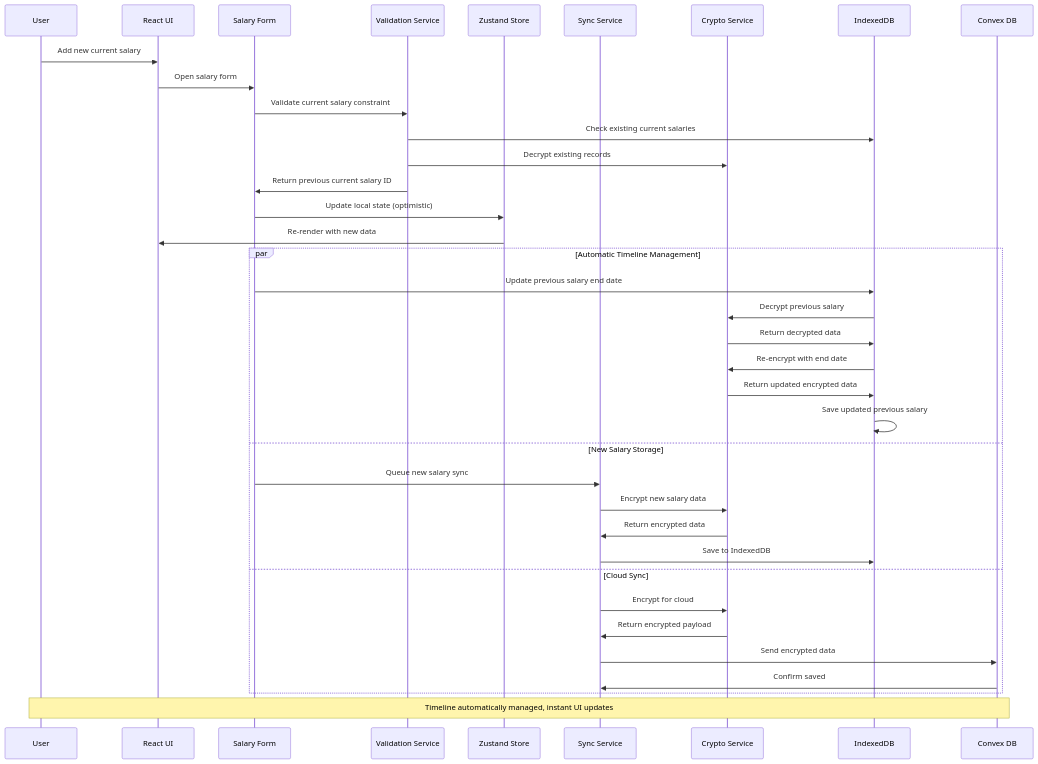
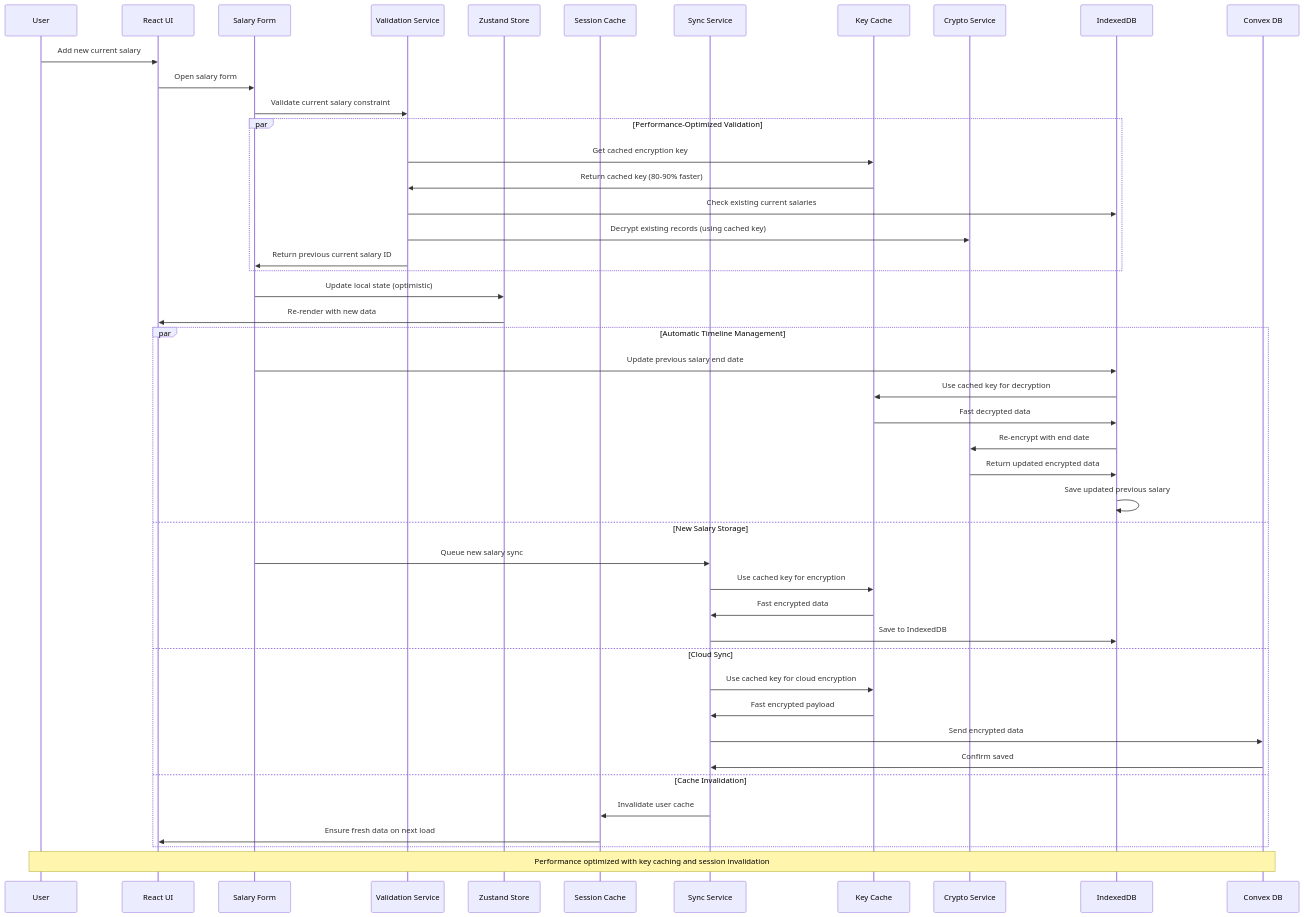
The fifth of 8 diagrams in context/architecture.md (tcynic/compTrails), drawn with Mermaid before and after one commit. The commit also changed other lines of this file, not shown here.

First line of the commit message:
Update architecture documentation to reflect performance optimization system

````diff
--- a/context/architecture.md
+++ b/context/architecture.md
@@ -196,43 +396,53 @@
 ```mermaid
 sequenceDiagram
     participant User
     participant UI as React UI
     participant Form as Salary Form
     participant Validation as Validation Service
     participant Store as Zustand Store
+    participant SessionCache as Session Cache
     participant Sync as Sync Service
+    participant KeyCache as Key Cache
     participant Crypto as Crypto Service
     participant Local as IndexedDB
     participant Cloud as Convex DB
     
     User->>UI: Add new current salary
     UI->>Form: Open salary form
     Form->>Validation: Validate current salary constraint
-    Validation->>Local: Check existing current salaries
-    Validation->>Crypto: Decrypt existing records
-    Validation->>Form: Return previous current salary ID
+    
+    par Performance-Optimized Validation
+        Validation->>KeyCache: Get cached encryption key
+        KeyCache->>Validation: Return cached key (80-90% faster)
+        Validation->>Local: Check existing current salaries
+        Validation->>Crypto: Decrypt existing records (using cached key)
+        Validation->>Form: Return previous current salary ID
+    end
     
     Form->>Store: Update local state (optimistic)
     Store->>UI: Re-render with new data
     
     par Automatic Timeline Management
         Form->>Local: Update previous salary end date
-        Local->>Crypto: Decrypt previous salary
-        Crypto->>Local: Return decrypted data
+        Local->>KeyCache: Use cached key for decryption
+        KeyCache->>Local: Fast decrypted data
         Local->>Crypto: Re-encrypt with end date
         Crypto->>Local: Return updated encrypted data
         Local->>Local: Save updated previous salary
     and New Salary Storage
         Form->>Sync: Queue new salary sync
-        Sync->>Crypto: Encrypt new salary data
-        Crypto->>Sync: Return encrypted data
+        Sync->>KeyCache: Use cached key for encryption
+        KeyCache->>Sync: Fast encrypted data
         Sync->>Local: Save to IndexedDB
     and Cloud Sync
-        Sync->>Crypto: Encrypt for cloud
-        Crypto->>Sync: Return encrypted payload
+        Sync->>KeyCache: Use cached key for cloud encryption
+        KeyCache->>Sync: Fast encrypted payload
         Sync->>Cloud: Send encrypted data
         Cloud->>Sync: Confirm saved
+    and Cache Invalidation
+        Sync->>SessionCache: Invalidate user cache
+        SessionCache->>UI: Ensure fresh data on next load
     end
     
-    Note over User,Cloud: Timeline automatically managed, instant UI updates
+    Note over User,Cloud: Performance optimized with key caching and session invalidation
 ```
````
